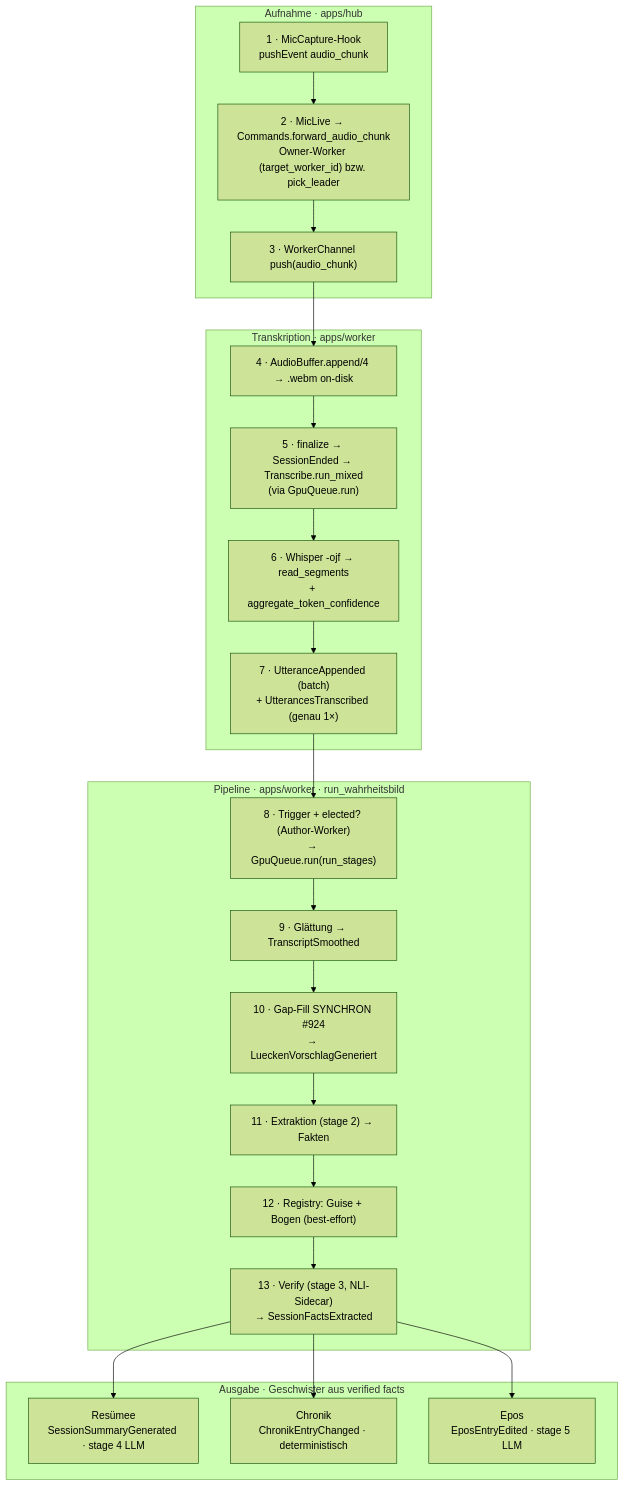
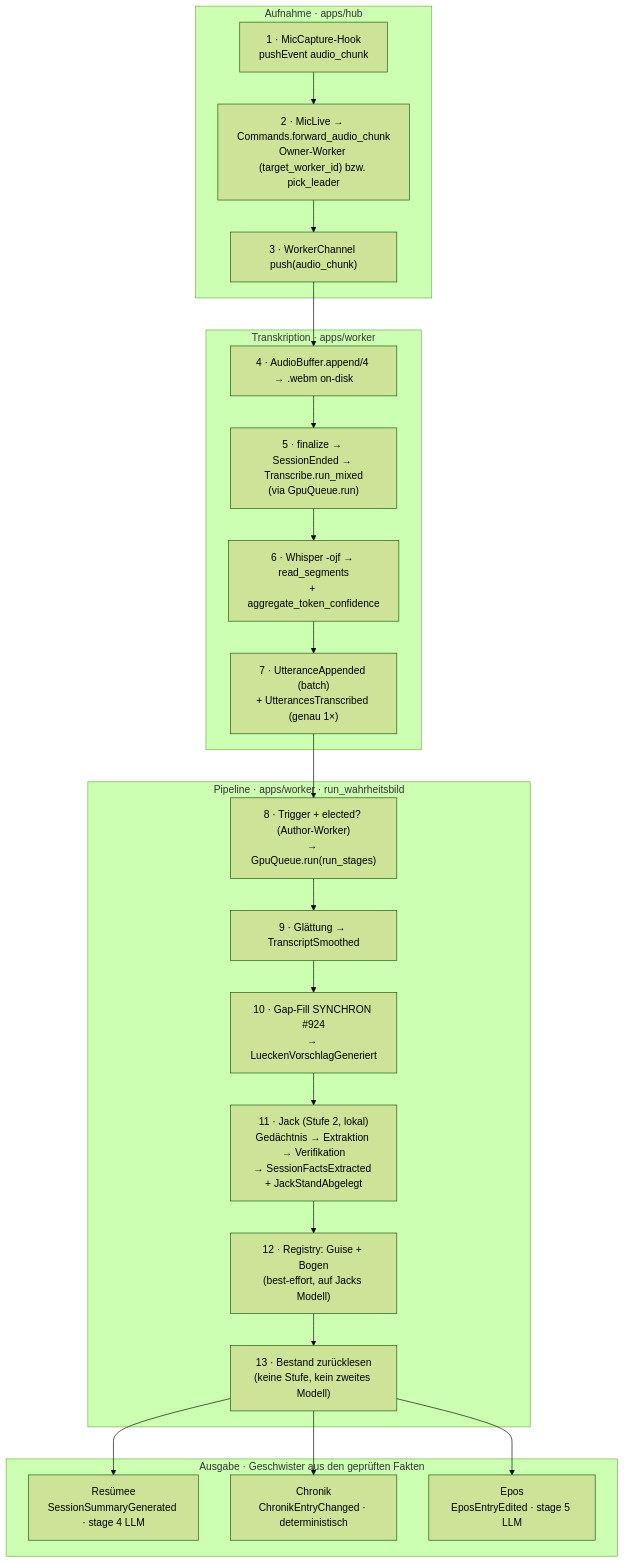
One commit to thschwald-byte/lore-tracker changed the diagram in docs/Pipeline-Flow.md. Above: the diagram before and after it, drawn with Mermaid (forest theme). The commit also changed other lines of this file and 12 other files, not shown here.

First line of the commit message:
#1207: J4 Abbau 6 — Doku auf Jack als Stufe 2

````diff
--- a/docs/Pipeline-Flow.md
+++ b/docs/Pipeline-Flow.md
@@ -15,33 +21,33 @@
 ```mermaid
 flowchart TD
   subgraph A["Aufnahme · apps/hub"]
     A1["1 · MicCapture-Hook<br/>pushEvent audio_chunk"]
     A2["2 · MicLive → Commands.forward_audio_chunk<br/>Owner-Worker (target_worker_id) bzw. pick_leader"]
     A3["3 · WorkerChannel push(audio_chunk)"]
   end
   subgraph B["Transkription · apps/worker"]
     B4["4 · AudioBuffer.append/4 → .webm on-disk"]
     B5["5 · finalize → SessionEnded → Transcribe.run_mixed<br/>(via GpuQueue.run)"]
     B6["6 · Whisper -ojf → read_segments<br/>+ aggregate_token_confidence"]
     B7["7 · UtteranceAppended (batch)<br/>+ UtterancesTranscribed (genau 1×)"]
   end
   subgraph C["Pipeline · apps/worker · run_wahrheitsbild"]
     C8["8 · Trigger + elected? (Author-Worker)<br/>→ GpuQueue.run(run_stages)"]
     C9["9 · Glättung → TranscriptSmoothed"]
     C10["10 · Gap-Fill SYNCHRON #924<br/>→ LueckenVorschlagGeneriert"]
-    C11["11 · Extraktion (stage 2) → Fakten"]
-    C12["12 · Registry: Guise + Bogen (best-effort)"]
-    C13["13 · Verify (stage 3, NLI-Sidecar)<br/>→ SessionFactsExtracted"]
+    C11["11 · Jack (Stufe 2, lokal)<br/>Gedächtnis → Extraktion → Verifikation<br/>→ SessionFactsExtracted + JackStandAbgelegt"]
+    C12["12 · Registry: Guise + Bogen<br/>(best-effort, auf Jacks Modell)"]
+    C13["13 · Bestand zurücklesen<br/>(keine Stufe, kein zweites Modell)"]
   end
-  subgraph OUT["Ausgabe · Geschwister aus verified facts"]
+  subgraph OUT["Ausgabe · Geschwister aus den geprüften Fakten"]
     O1["Resümee<br/>SessionSummaryGenerated · stage 4 LLM"]
     O2["Chronik<br/>ChronikEntryChanged · deterministisch"]
     O3["Epos<br/>EposEntryEdited · stage 5 LLM"]
   end
   A1 --> A2 --> A3 --> B4
   B4 --> B5 --> B6 --> B7 --> C8
   C8 --> C9 --> C10 --> C11 --> C12 --> C13
   C13 --> O1
   C13 --> O2
   C13 --> O3
 ```
````
